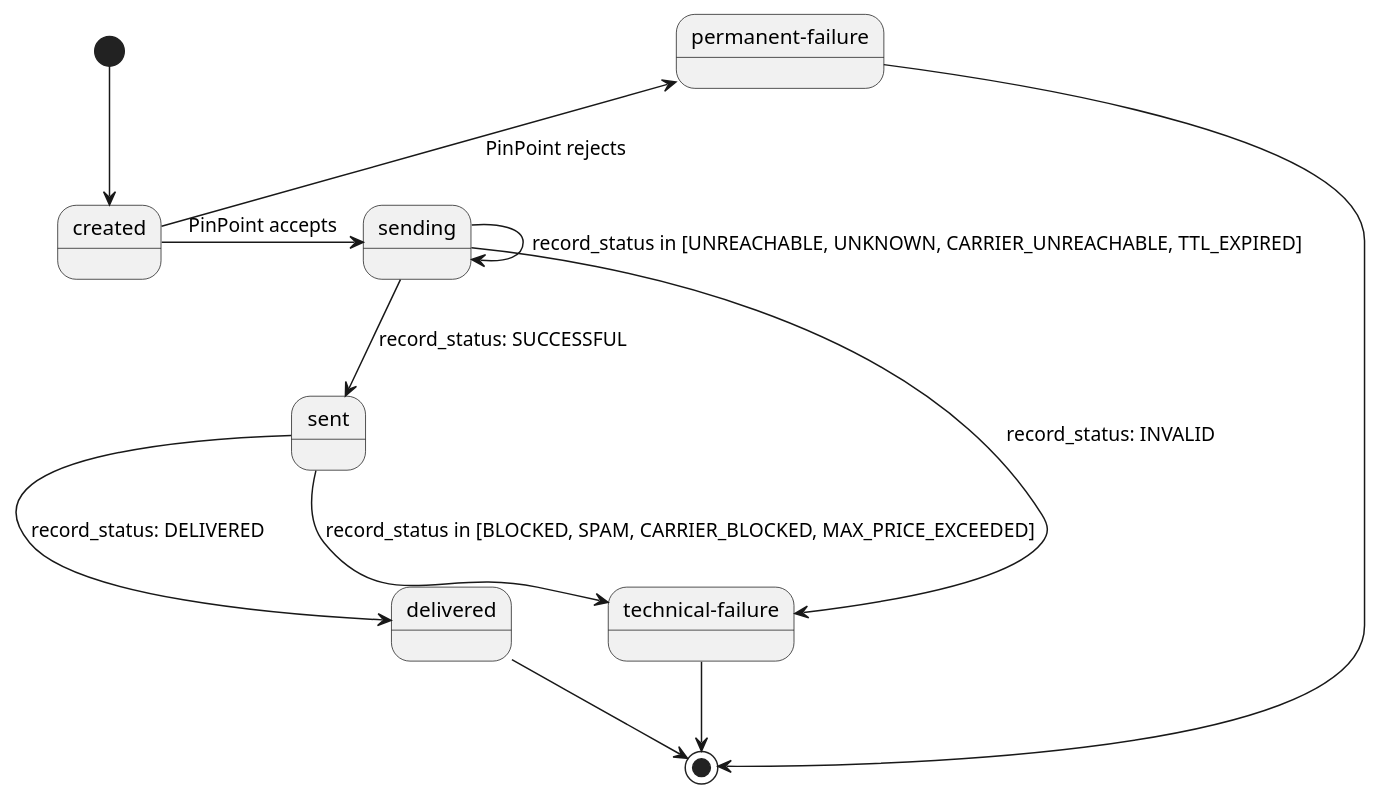
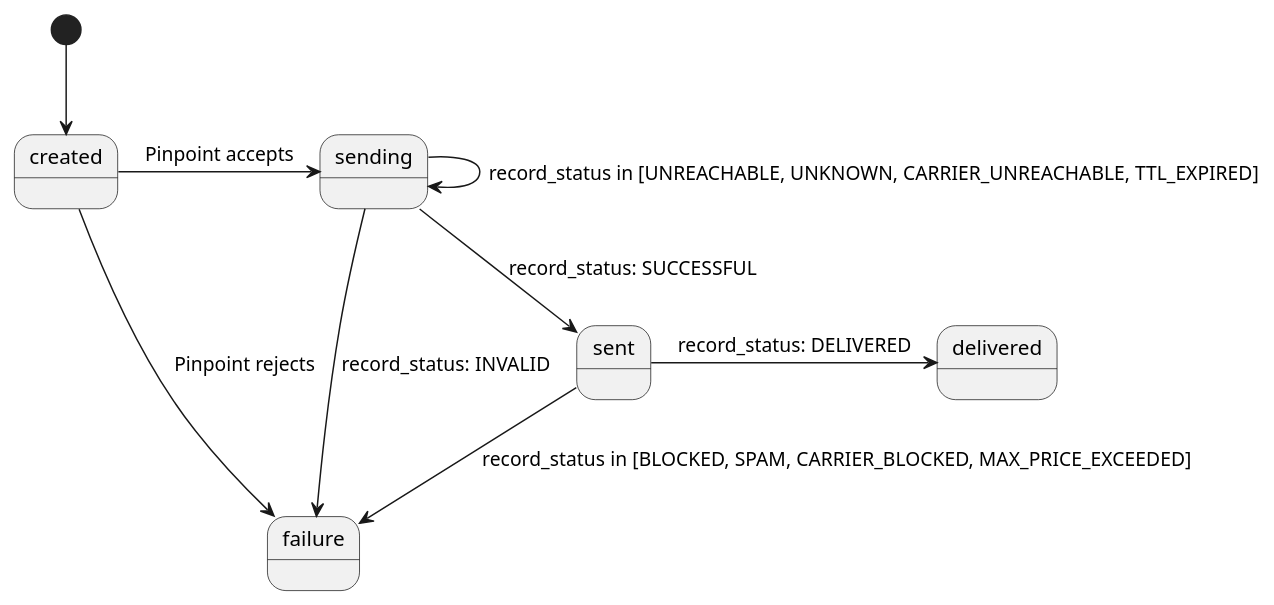
The diagram in documents/get-pinpoint-status-diagram.puml (cds-snc/notification-api), drawn with PlantUML before and after one commit. The commit also changed 2 other files, not shown here.

Commit message:
[#273] Set notification status to 'sending'

```diff
--- a/documents/get-pinpoint-status-diagram.puml
+++ b/documents/get-pinpoint-status-diagram.puml
@@ -1,28 +1,18 @@
 @startuml
 
 [*] --> created
 
-created -right-> sending: PinPoint accepts
+created -right-> sending: Pinpoint accepts
 
-created -up-> PermanentFailure: PinPoint rejects
-
-PermanentFailure --> [*]
-
-state "permanent-failure" as PermanentFailure
+created -down-> failure: Pinpoint rejects
 
 sending -down-> sent: record_status: SUCCESSFUL
 
-sent --> delivered:  record_status: DELIVERED
+sent -right-> delivered:  record_status: DELIVERED
 
-sending --> TechnicalFailure: record_status: INVALID
+sending --> failure: record_status: INVALID
 sending -right-> sending: record_status in [UNREACHABLE, UNKNOWN, CARRIER_UNREACHABLE, TTL_EXPIRED]
 
-state "technical-failure" as TechnicalFailure
-
-sent --> TechnicalFailure: record_status in [BLOCKED, SPAM, CARRIER_BLOCKED, MAX_PRICE_EXCEEDED]
-
-TechnicalFailure --> [*]
-
-delivered --> [*]
+sent --> failure: record_status in [BLOCKED, SPAM, CARRIER_BLOCKED, MAX_PRICE_EXCEEDED]
 
 @enduml
```
